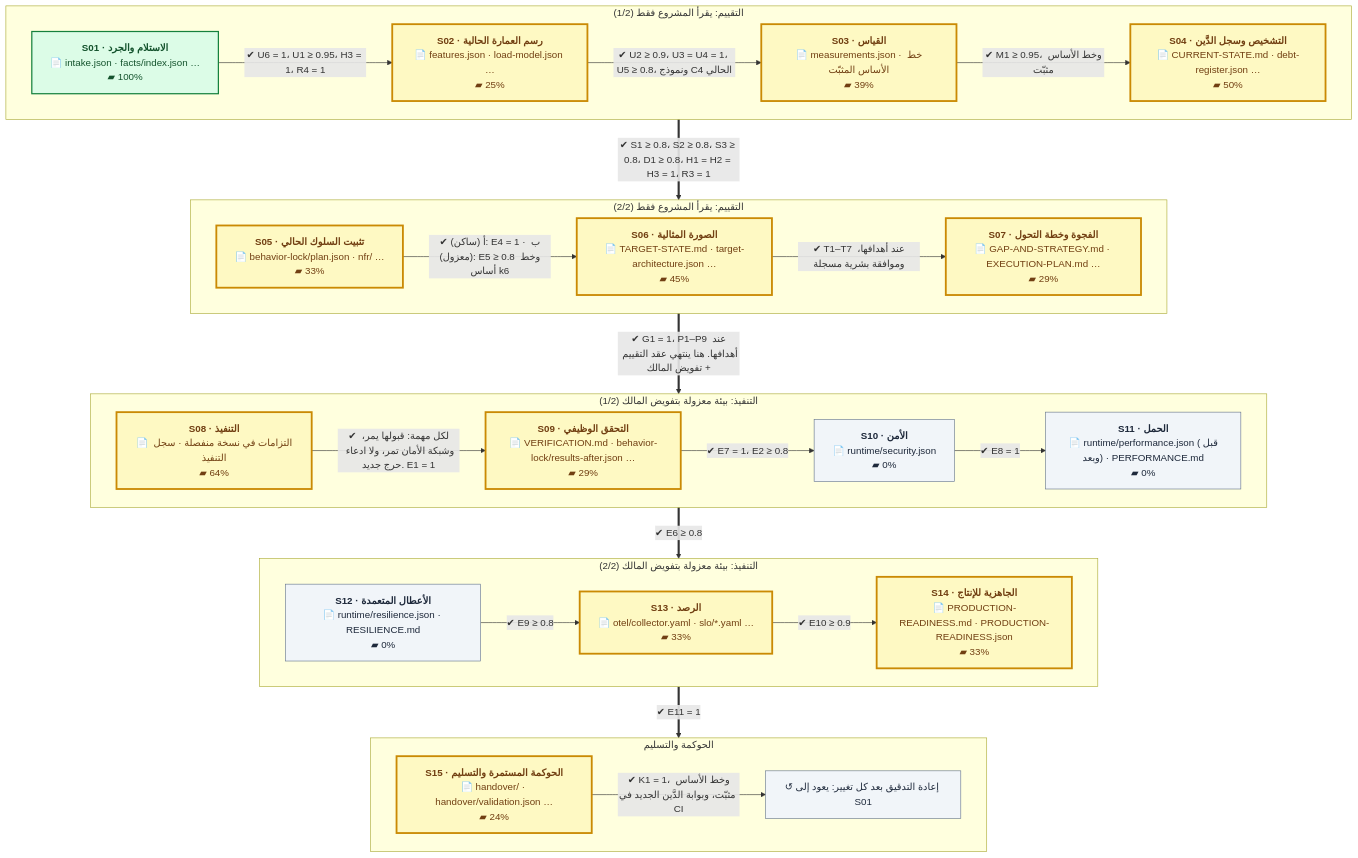
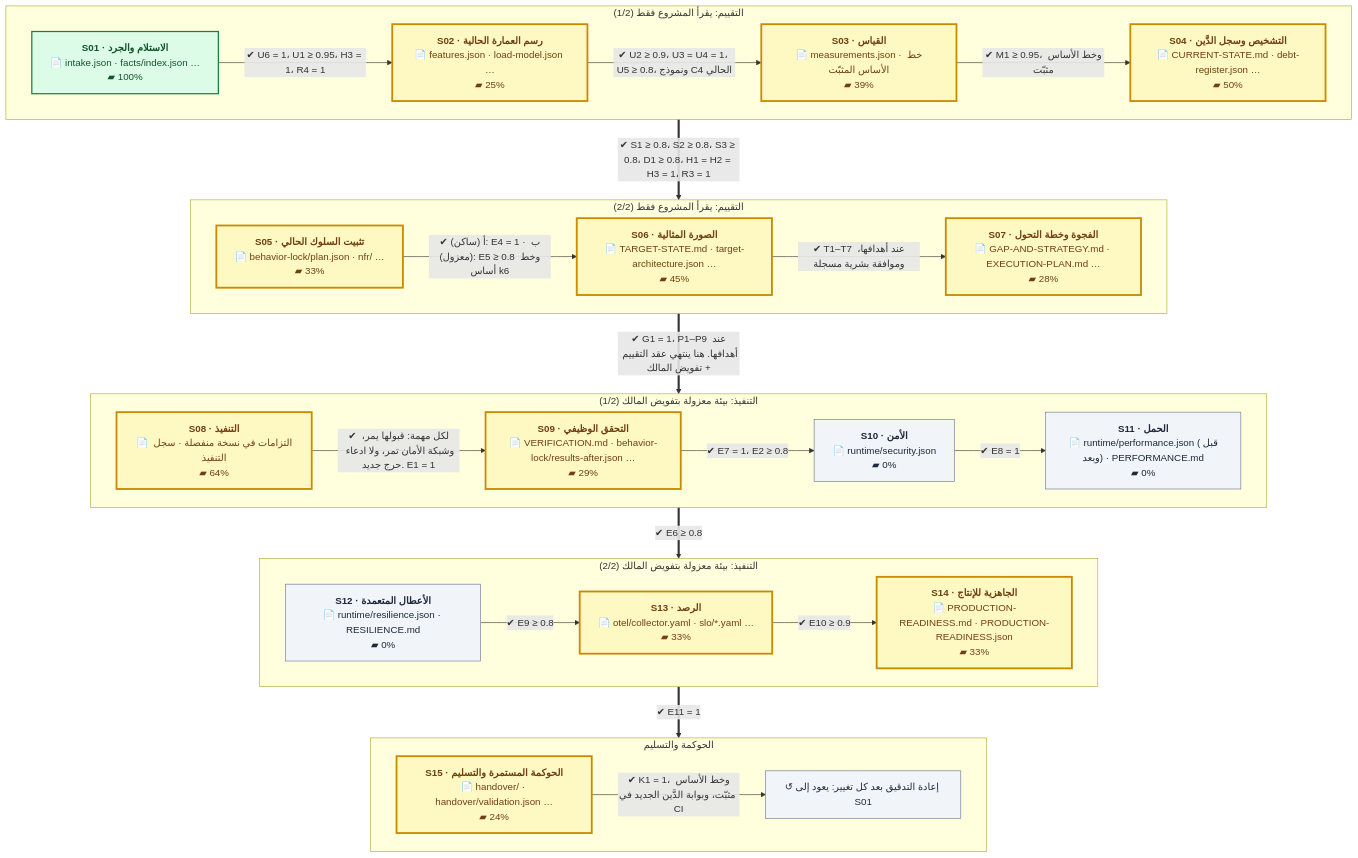
One commit to eom1417/engineering-audit-os changed the first of 2 diagrams in README.md. Above: the diagram before and after it, drawn with Mermaid. The commit also changed other lines of this file and 44 other files, not shown here.

````diff
--- a/README.md
+++ b/README.md
@@ -52,54 +52,54 @@
 ```mermaid
 %%{init: {'flowchart': {'wrappingWidth': 260, 'nodeSpacing': 40, 'rankSpacing': 60}}}%%
 flowchart TB
     subgraph P1["التقييم: يقرأ المشروع فقط (1/2)"]
         direction LR
         S01["<b>S01 · الاستلام والجرد</b><br/>📄 intake.json · facts/index.json …<br/>▰ 100%"]:::done
         S02["<b>S02 · رسم العمارة الحالية</b><br/>📄 features.json · load-model.json …<br/>▰ 25%"]:::current
         S03["<b>S03 · القياس</b><br/>📄 measurements.json · خط الأساس المثبّت<br/>▰ 39%"]:::current
         S04["<b>S04 · التشخيص وسجل الدَّين</b><br/>📄 CURRENT-STATE.md · debt-register.json …<br/>▰ 50%"]:::current
         S01 -->|"✔ U6 = 1، U1 ≥ 0.95، H3 = 1، R4 = 1"| S02
         S02 -->|"✔ U2 ≥ 0.9، U3 = U4 = 1، U5 ≥ 0.8، ونموذج C4 الحالي"| S03
         S03 -->|"✔ M1 ≥ 0.95، وخط الأساس مثبّت"| S04
     end
     subgraph P2["التقييم: يقرأ المشروع فقط (2/2)"]
         direction LR
         S05["<b>S05 · تثبيت السلوك الحالي</b><br/>📄 behavior-lock/plan.json · nfr/ …<br/>▰ 33%"]:::current
         S06["<b>S06 · الصورة المثالية</b><br/>📄 TARGET-STATE.md · target-architecture.json …<br/>▰ 45%"]:::current
-        S07["<b>S07 · الفجوة وخطة التحول</b><br/>📄 GAP-AND-STRATEGY.md · EXECUTION-PLAN.md …<br/>▰ 29%"]:::current
+        S07["<b>S07 · الفجوة وخطة التحول</b><br/>📄 GAP-AND-STRATEGY.md · EXECUTION-PLAN.md …<br/>▰ 28%"]:::current
         S05 -->|"✔ أ (ساكن): E4 = 1 · ب (معزول): E5 ≥ 0.8 وخط أساس k6"| S06
         S06 -->|"✔ T1–T7 عند أهدافها، وموافقة بشرية مسجلة"| S07
     end
     subgraph P3["التنفيذ: بيئة معزولة بتفويض المالك (1/2)"]
         direction LR
         S08["<b>S08 · التنفيذ</b><br/>📄 التزامات في نسخة منفصلة · سجل التنفيذ<br/>▰ 64%"]:::current
         S09["<b>S09 · التحقق الوظيفي</b><br/>📄 VERIFICATION.md · behavior-lock/results-after.json …<br/>▰ 29%"]:::current
         S10["<b>S10 · الأمن</b><br/>📄 runtime/security.json<br/>▰ 0%"]:::next
         S11["<b>S11 · الحمل</b><br/>📄 runtime/performance.json (قبل وبعد) · PERFORMANCE.md<br/>▰ 0%"]:::next
         S08 -->|"✔ لكل مهمة: قبولها يمر، وشبكة الأمان تمر، ولا ادعاء حرج جديد. E1 = 1"| S09
         S09 -->|"✔ E7 = 1، E2 ≥ 0.8"| S10
         S10 -->|"✔ E8 = 1"| S11
     end
     subgraph P4["التنفيذ: بيئة معزولة بتفويض المالك (2/2)"]
         direction LR
         S12["<b>S12 · الأعطال المتعمدة</b><br/>📄 runtime/resilience.json · RESILIENCE.md<br/>▰ 0%"]:::next
         S13["<b>S13 · الرصد</b><br/>📄 otel/collector.yaml · slo/*.yaml …<br/>▰ 33%"]:::current
         S14["<b>S14 · الجاهزية للإنتاج</b><br/>📄 PRODUCTION-READINESS.md · PRODUCTION-READINESS.json<br/>▰ 33%"]:::current
         S12 -->|"✔ E9 ≥ 0.8"| S13
         S13 -->|"✔ E10 ≥ 0.9"| S14
     end
     subgraph P5["الحوكمة والتسليم"]
         direction LR
         S15["<b>S15 · الحوكمة المستمرة والتسليم</b><br/>📄 handover/ · handover/validation.json …<br/>▰ 24%"]:::current
         LOOP["↺ إعادة التدقيق بعد كل تغيير: يعود إلى S01"]:::next
         S15 -->|"✔ K1 = 1، وخط الأساس مثبّت، وبوابة الدَّين الجديد في CI"| LOOP
     end
     P1 ==>|"✔ S1 ≥ 0.8، S2 ≥ 0.8، S3 ≥ 0.8، D1 ≥ 0.8، H1 = H2 = H3 = 1، R3 = 1"| P2
     P2 ==>|"✔ G1 = 1، P1–P9 عند أهدافها. هنا ينتهي عقد التقييم + تفويض المالك"| P3
     P3 ==>|"✔ E6 ≥ 0.8"| P4
     P4 ==>|"✔ E11 = 1"| P5
     classDef done fill:#dcfce7,stroke:#15803d,color:#14532d,stroke-width:2px
     classDef current fill:#fef9c3,stroke:#ca8a04,color:#713f12,stroke-width:3px
     classDef next fill:#f1f5f9,stroke:#64748b,color:#1e293b
     classDef owner fill:#fee2e2,stroke:#b91c1c,color:#7f1d1d,stroke-dasharray:5 3
 ```
````
